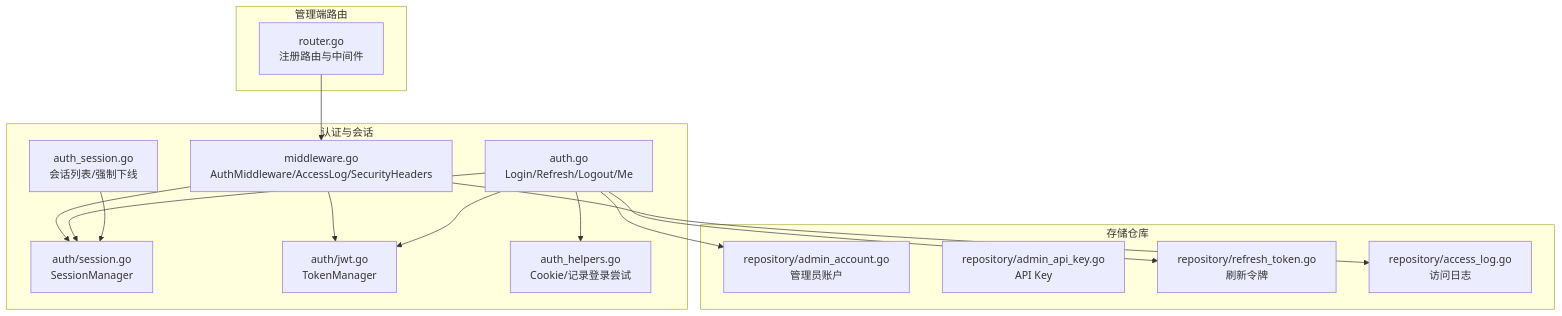
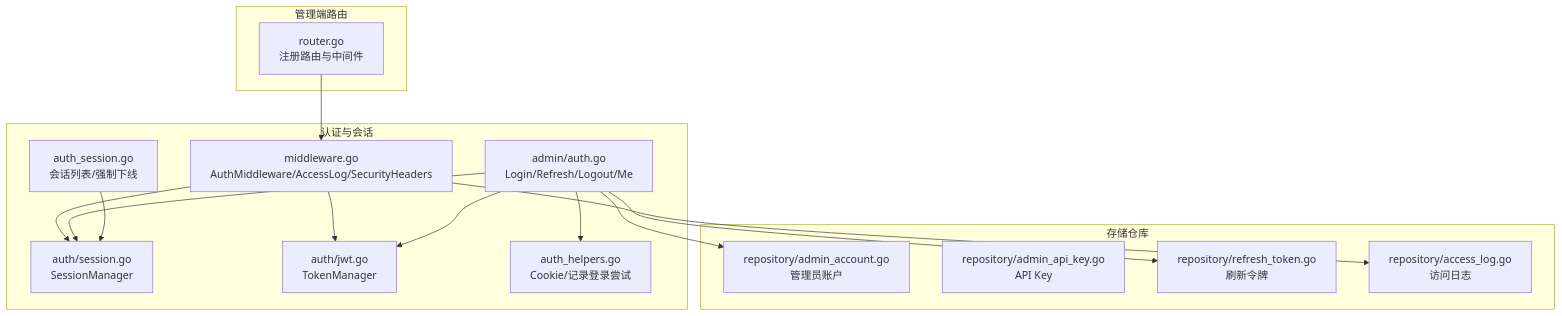
The first of 11 diagrams in docs/安全机制/会话管理.md (x01n/My-OpenWaf), drawn with Mermaid before and after one commit. The commit also changed other lines of this file and 622 other files, not shown here.

````diff
--- a/docs/安全机制/会话管理.md
+++ b/docs/安全机制/会话管理.md
@@ -42,30 +49,30 @@
 ```mermaid
 graph TB
 subgraph "管理端路由"
 R["router.go<br/>注册路由与中间件"]
 end
 subgraph "认证与会话"
 MW["middleware.go<br/>AuthMiddleware/AccessLog/SecurityHeaders"]
 SM["auth/session.go<br/>SessionManager"]
 TM["auth/jwt.go<br/>TokenManager"]
-AH["auth.go<br/>Login/Refresh/Logout/Me"]
+AH["admin/auth.go<br/>Login/Refresh/Logout/Me"]
 AHLP["auth_helpers.go<br/>Cookie/记录登录尝试"]
 ASH["auth_session.go<br/>会话列表/强制下线"]
 end
 subgraph "存储仓库"
 AAR["repository/admin_account.go<br/>管理员账户"]
 AIR["repository/admin_api_key.go<br/>API Key"]
 RTR["repository/refresh_token.go<br/>刷新令牌"]
 ALR["repository/access_log.go<br/>访问日志"]
 end
 R --> MW
 MW --> TM
 MW --> SM
 AH --> TM
 AH --> SM
 AH --> RTR
 AH --> AAR
 AH --> AHLP
 ASH --> SM
 MW --> ALR
 ```
````
